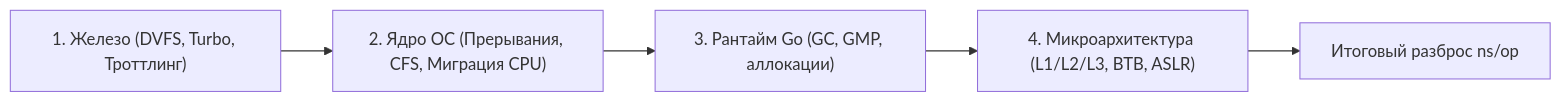
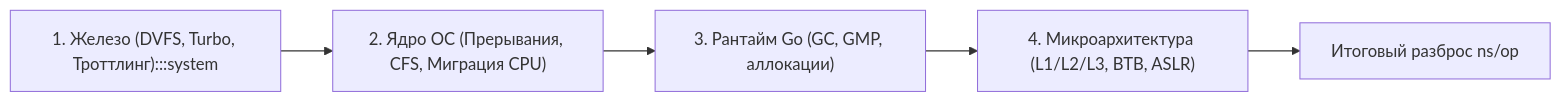
The second of 4 diagrams in sources/16. Профилирование, отладка и производительность/02. Benchmarking/6. Стабилизация результатов.md (UnrealTemplier/go-textbook), drawn with Mermaid before and after one commit. The commit also changed other lines of this file and 1666 other files, not shown here.

First line of the commit message:
feat(mermaid): add semantic color classDef to 1369 colorless flowchart/graph diagrams

````diff
--- a/sources/16. Профилирование, отладка и производительность/02. Benchmarking/6. Стабилизация результатов.md
+++ b/sources/16. Профилирование, отладка и производительность/02. Benchmarking/6. Стабилизация результатов.md
@@ -65,7 +75,17 @@
 ```mermaid
 flowchart LR
-    HW["1. Железо (DVFS, Turbo, Троттлинг)"] --> OS["2. Ядро ОС (Прерывания, CFS, Миграция CPU)"]
+    classDef process  fill:#1e293b,stroke:#38bdf8,stroke-width:1px,color:#f8fafc
+    classDef success  fill:#064e3b,stroke:#34d399,stroke-width:1px,color:#f8fafc
+    classDef error    fill:#7f1d1d,stroke:#f87171,stroke-width:1px,color:#f8fafc
+    classDef warning  fill:#78350f,stroke:#fbbf24,stroke-width:1px,color:#f8fafc
+    classDef entry    fill:#1e3a5f,stroke:#38bdf8,stroke-width:2px,color:#f8fafc
+    classDef aux      fill:#334155,stroke:#64748b,stroke-width:1px,color:#f8fafc
+    classDef system   fill:#312e81,stroke:#a78bfa,stroke-width:1px,color:#f8fafc
+    classDef data     fill:#132d29,stroke:#2dd4bf,stroke-width:1px,color:#f8fafc
+    classDef network  fill:#881337,stroke:#fb7185,stroke-width:1px,color:#f8fafc
+    classDef accent   fill:#1e1b4b,stroke:#818cf8,stroke-width:1px,color:#f8fafc
+    HW["1. Железо (DVFS, Turbo, Троттлинг):::system"] --> OS["2. Ядро ОС (Прерывания, CFS, Миграция CPU)"]
     OS --> RT["3. Рантайм Go (GC, GMP, аллокации)"]
     RT --> Arch["4. Микроархитектура (L1/L2/L3, BTB, ASLR)"]
     Arch --> Res["Итоговый разброс ns/op"]
 ```
````
